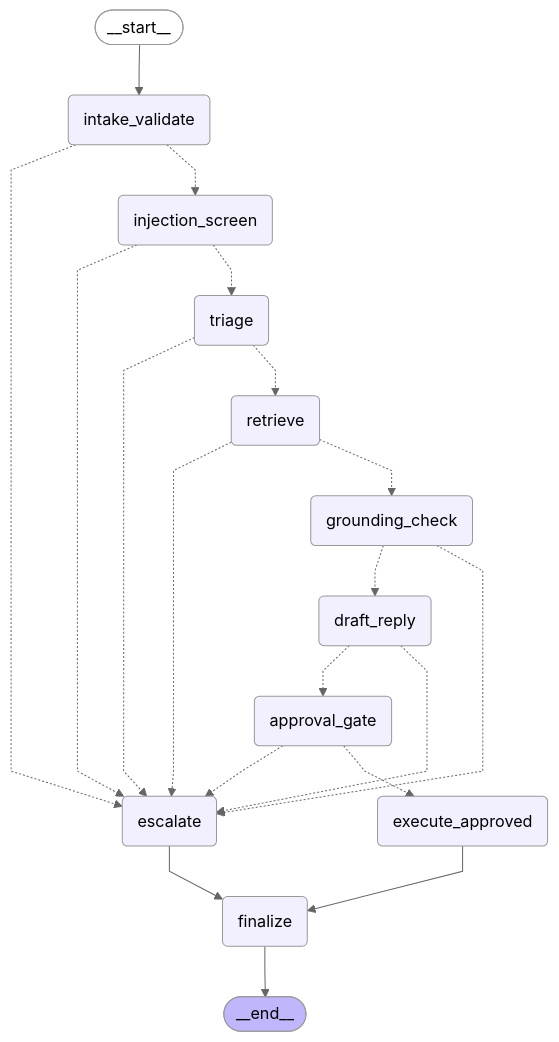
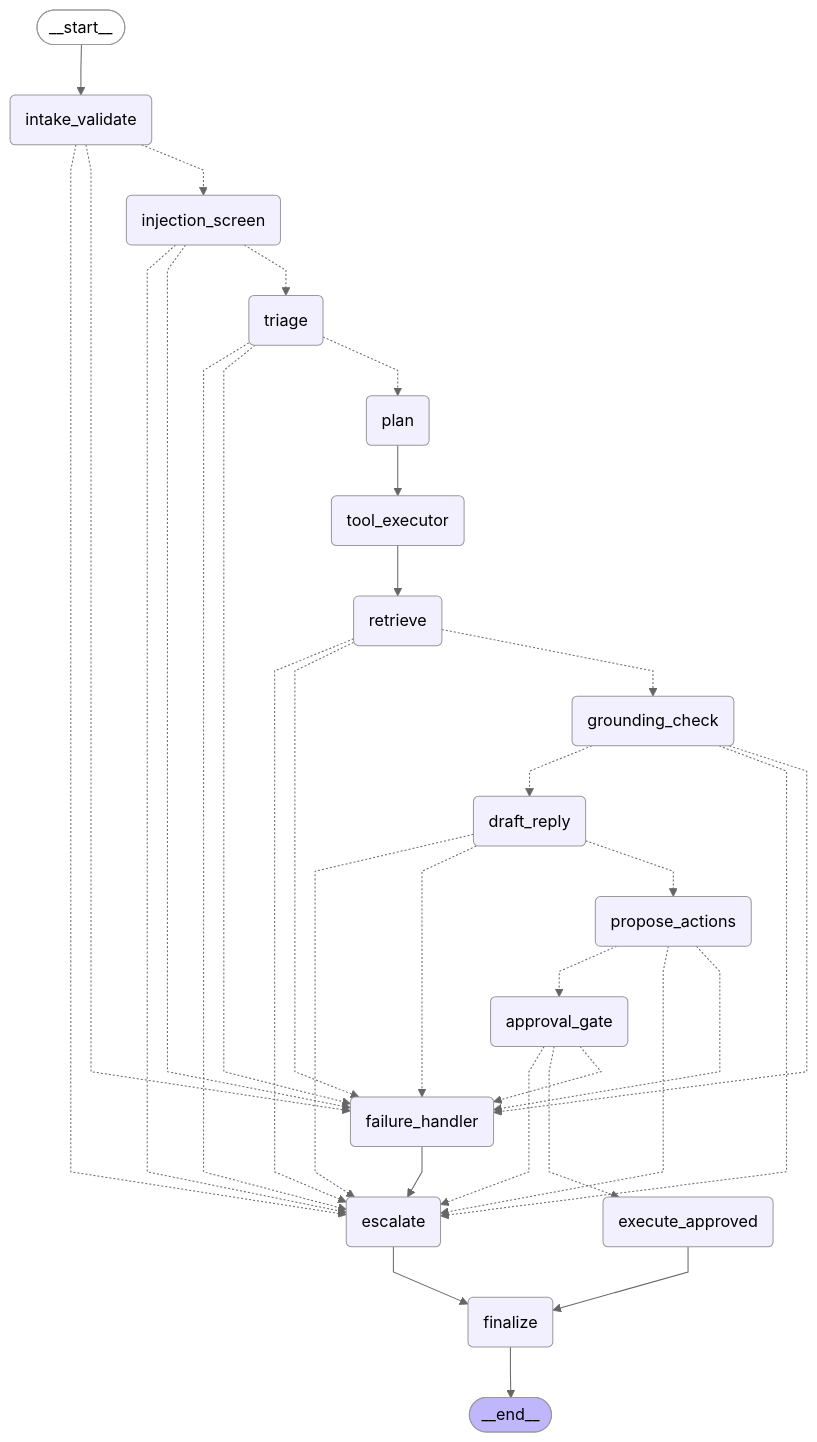
The diagram in docs/architecture.md (Mitul30M/saas-ticketing-agentic-sm-backend), drawn with Mermaid (neutral theme) before and after one commit. The commit also changed 14 other files, not shown here.

````diff
--- a/docs/architecture.md
+++ b/docs/architecture.md
@@ -5,41 +5,58 @@
 ```mermaid
 ---
 config:
   flowchart:
     curve: linear
 ---
 graph TD;
 	__start__([<p>__start__</p>]):::first
 	intake_validate(intake_validate)
 	injection_screen(injection_screen)
 	triage(triage)
+	plan(plan)
+	tool_executor(tool_executor)
 	retrieve(retrieve)
 	grounding_check(grounding_check)
 	draft_reply(draft_reply)
+	propose_actions(propose_actions)
 	approval_gate(approval_gate)
 	execute_approved(execute_approved)
 	escalate(escalate)
+	failure_handler(failure_handler)
 	finalize(finalize)
 	__end__([<p>__end__</p>]):::last
 	__start__ --> intake_validate;
 	approval_gate -.-> escalate;
 	approval_gate -.-> execute_approved;
-	draft_reply -.-> approval_gate;
+	approval_gate -.-> failure_handler;
 	draft_reply -.-> escalate;
+	draft_reply -.-> failure_handler;
+	draft_reply -.-> propose_actions;
 	escalate --> finalize;
 	execute_approved --> finalize;
+	failure_handler --> escalate;
 	grounding_check -.-> draft_reply;
 	grounding_check -.-> escalate;
+	grounding_check -.-> failure_handler;
 	injection_screen -.-> escalate;
+	injection_screen -.-> failure_handler;
 	injection_screen -.-> triage;
 	intake_validate -.-> escalate;
+	intake_validate -.-> failure_handler;
 	intake_validate -.-> injection_screen;
+	plan --> tool_executor;
+	propose_actions -.-> approval_gate;
+	propose_actions -.-> escalate;
+	propose_actions -.-> failure_handler;
 	retrieve -.-> escalate;
+	retrieve -.-> failure_handler;
 	retrieve -.-> grounding_check;
+	tool_executor --> retrieve;
 	triage -.-> escalate;
-	triage -.-> retrieve;
+	triage -.-> failure_handler;
+	triage -.-> plan;
 	finalize --> __end__;
 	classDef default fill:#f2f0ff,line-height:1.2
 	classDef first fill-opacity:0
 	classDef last fill:#bfb6fc
 ```
````
